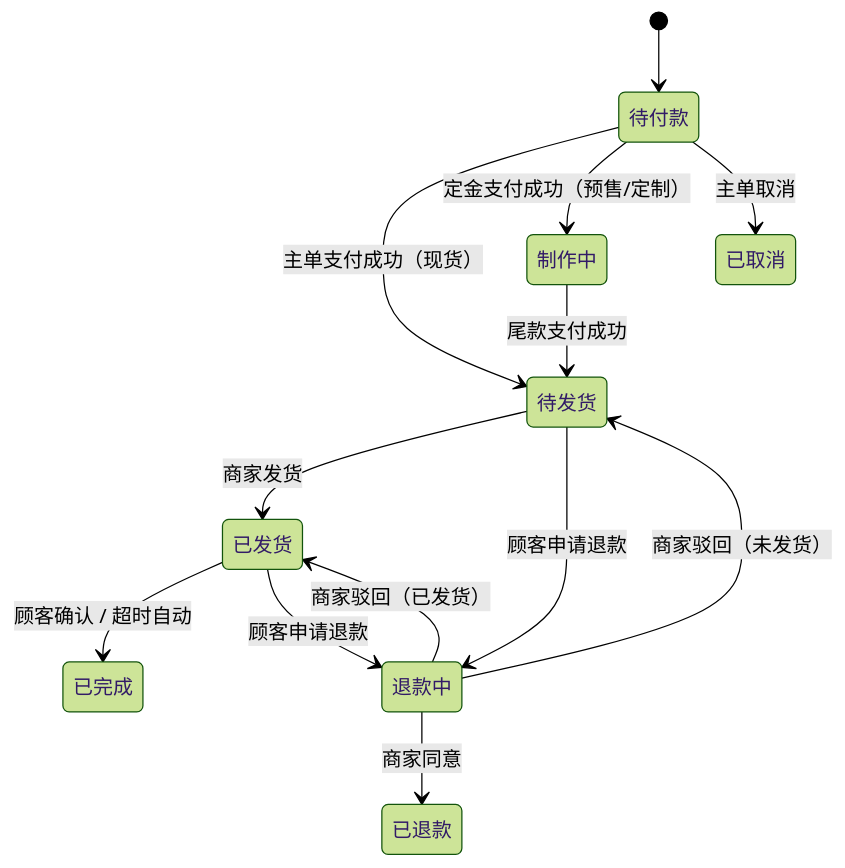
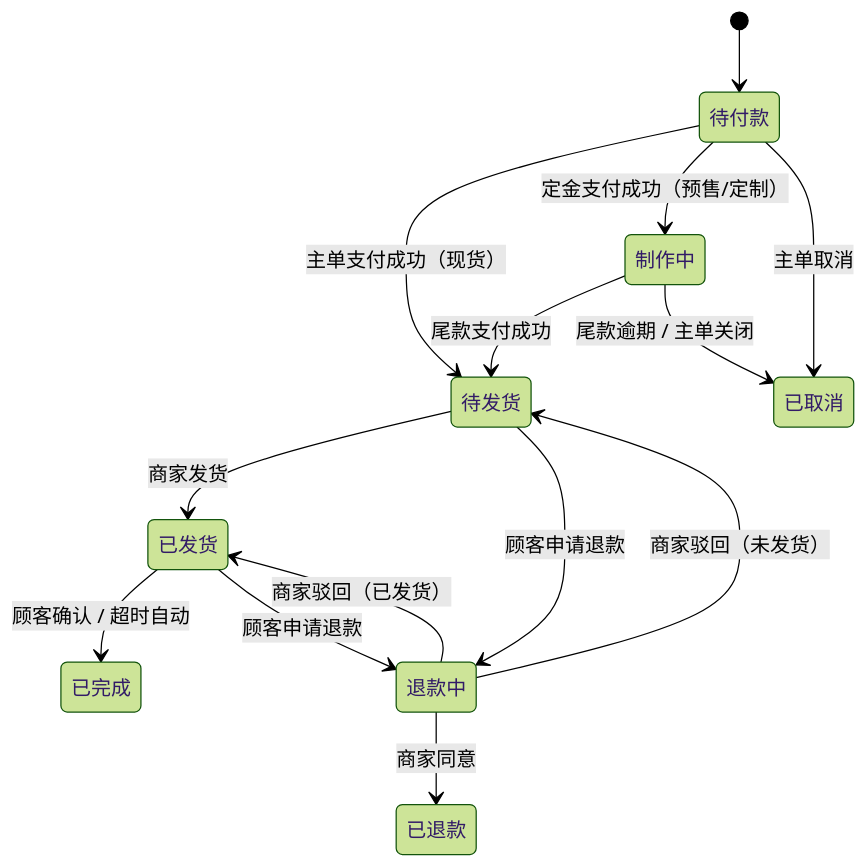
One commit to Serein47/KDShop changed the second of 5 diagrams in docs/order-lifecycle.md. Above: the diagram before and after it, drawn with Mermaid (forest theme). The commit also changed other lines of this file and 25 other files, not shown here.

````diff
--- a/docs/order-lifecycle.md
+++ b/docs/order-lifecycle.md
@@ -52,24 +53,25 @@
 ```mermaid
 stateDiagram-v2
     [*] --> PENDING_PAYMENT
     PENDING_PAYMENT: 待付款
     PRODUCING: 制作中
     PENDING_SHIPMENT: 待发货
     SHIPPED: 已发货
     COMPLETED: 已完成
     REFUNDING: 退款中
     REFUNDED: 已退款
     CANCELLED: 已取消
 
     PENDING_PAYMENT --> PENDING_SHIPMENT : 主单支付成功（现货）
     PENDING_PAYMENT --> PRODUCING : 定金支付成功（预售/定制）
     PRODUCING --> PENDING_SHIPMENT : 尾款支付成功
     PENDING_PAYMENT --> CANCELLED : 主单取消
+    PRODUCING --> CANCELLED : 尾款逾期 / 主单关闭
     PENDING_SHIPMENT --> SHIPPED : 商家发货
     SHIPPED --> COMPLETED : 顾客确认 / 超时自动
     PENDING_SHIPMENT --> REFUNDING : 顾客申请退款
     SHIPPED --> REFUNDING : 顾客申请退款
     REFUNDING --> REFUNDED : 商家同意
     REFUNDING --> PENDING_SHIPMENT : 商家驳回（未发货）
     REFUNDING --> SHIPPED : 商家驳回（已发货）
 ```
````
